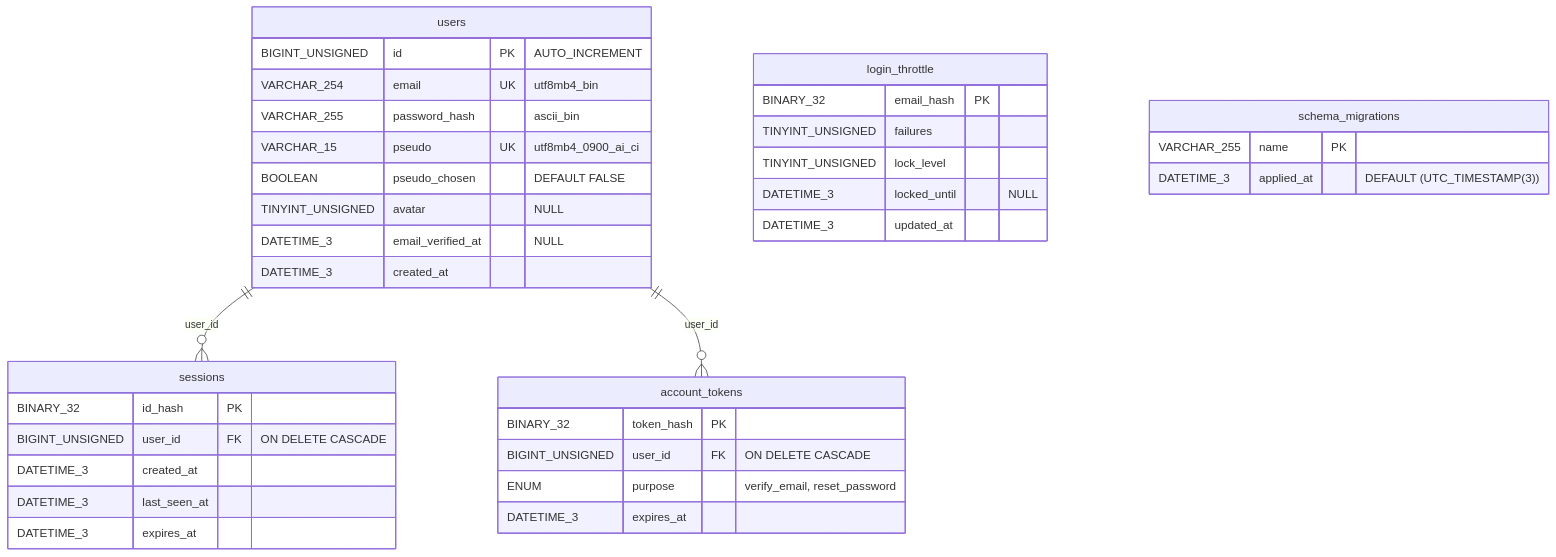
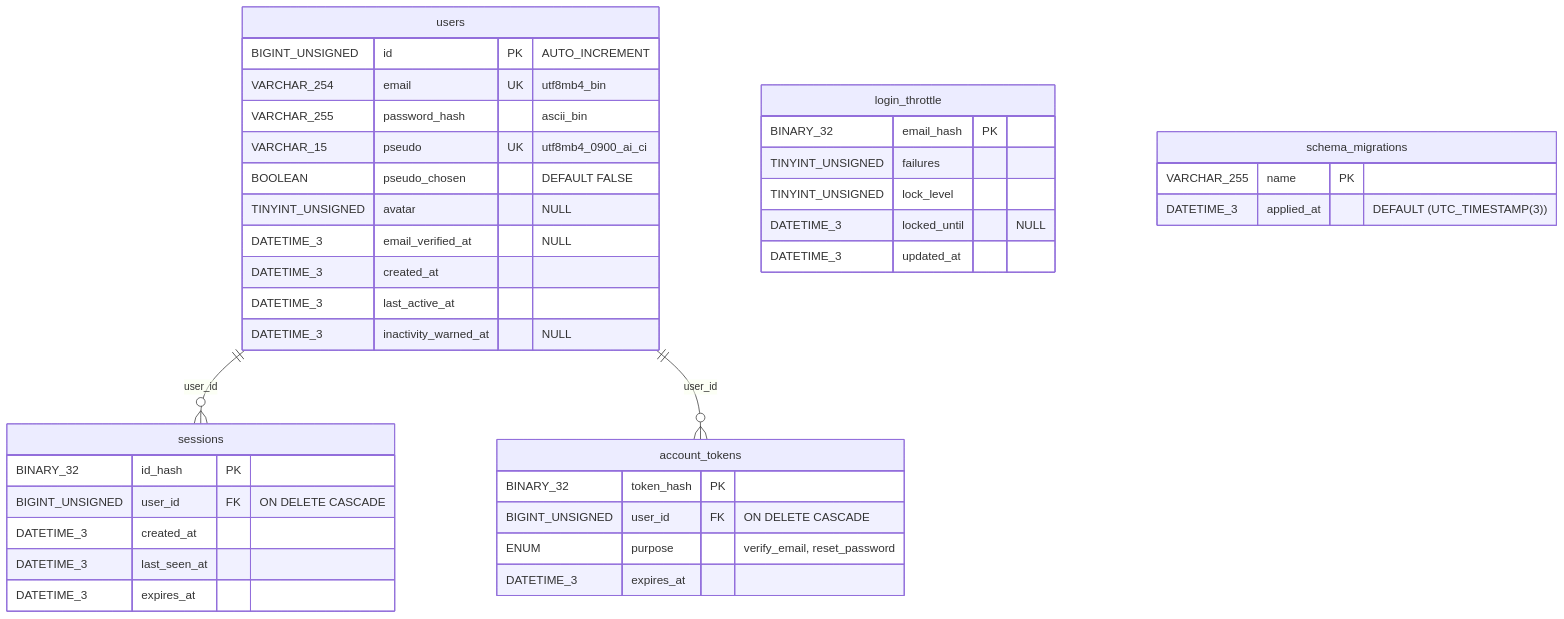
The second of 4 diagrams in docs/merise.md (YoanCuervo/Brick-Blaster-Remastered), drawn with Mermaid before and after one commit. The commit also changed other lines of this file and 14 other files, not shown here.

````diff
--- a/docs/merise.md
+++ b/docs/merise.md
@@ -92,40 +94,42 @@
 ```mermaid
 erDiagram
     users ||--o{ sessions : "user_id"
     users ||--o{ account_tokens : "user_id"
 
     users {
         BIGINT_UNSIGNED id PK "AUTO_INCREMENT"
         VARCHAR_254 email UK "utf8mb4_bin"
         VARCHAR_255 password_hash "ascii_bin"
         VARCHAR_15 pseudo UK "utf8mb4_0900_ai_ci"
         BOOLEAN pseudo_chosen "DEFAULT FALSE"
         TINYINT_UNSIGNED avatar "NULL"
         DATETIME_3 email_verified_at "NULL"
         DATETIME_3 created_at
+        DATETIME_3 last_active_at
+        DATETIME_3 inactivity_warned_at "NULL"
     }
     sessions {
         BINARY_32 id_hash PK
         BIGINT_UNSIGNED user_id FK "ON DELETE CASCADE"
         DATETIME_3 created_at
         DATETIME_3 last_seen_at
         DATETIME_3 expires_at
     }
     account_tokens {
         BINARY_32 token_hash PK
         BIGINT_UNSIGNED user_id FK "ON DELETE CASCADE"
         ENUM purpose "verify_email, reset_password"
         DATETIME_3 expires_at
     }
     login_throttle {
         BINARY_32 email_hash PK
         TINYINT_UNSIGNED failures
         TINYINT_UNSIGNED lock_level
         DATETIME_3 locked_until "NULL"
         DATETIME_3 updated_at
     }
     schema_migrations {
         VARCHAR_255 name PK
         DATETIME_3 applied_at "DEFAULT (UTC_TIMESTAMP(3))"
     }
 ```
````
